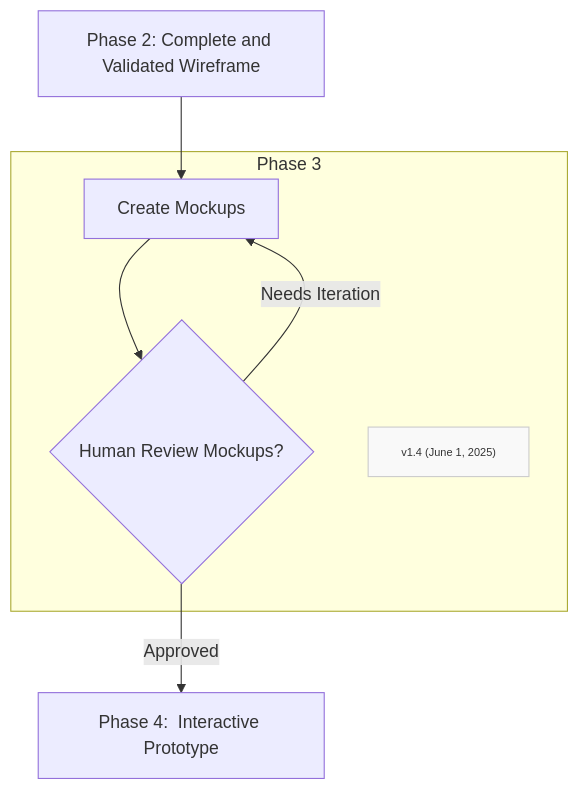
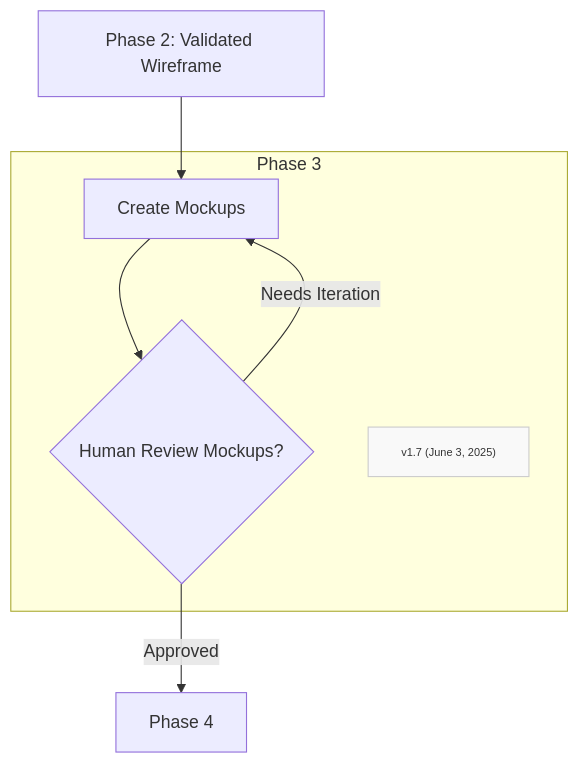
The diagram in Phases/FF-phase3.md (Mharbulous/Front-First-Method), drawn with Mermaid before and after one commit. The commit also changed 2 other files, not shown here.

Commit message:
Updating phase diagrams

````diff
--- a/Phases/FF-phase3.md
+++ b/Phases/FF-phase3.md
@@ -2,18 +2,18 @@
 ```mermaid
 graph TD
     
-B1["Phase 2: Complete and Validated Wireframe"] --> B2["Create Mockups"]
+B1["Phase 2: Validated Wireframe"] --> B2["Create Mockups"]
 
         subgraph Phase3["Phase 3"]
         B2 --> B2_Val{"Human Review Mockups?"}
         B2_Val -->|Needs Iteration| B2
-        Version["v1.4 (June 1, 2025)"]
+        Version["v1.7 (June 3, 2025)"]
         classDef version fill:#f9f9f9,stroke:#ccc,font-size:10px
         class Version version
         
     end
 
-B2_Val -->|Approved| B3["Phase 4:  Interactive Prototype"]
+B2_Val -->|Approved| B3["Phase 4"]
 
 
 ```
````
